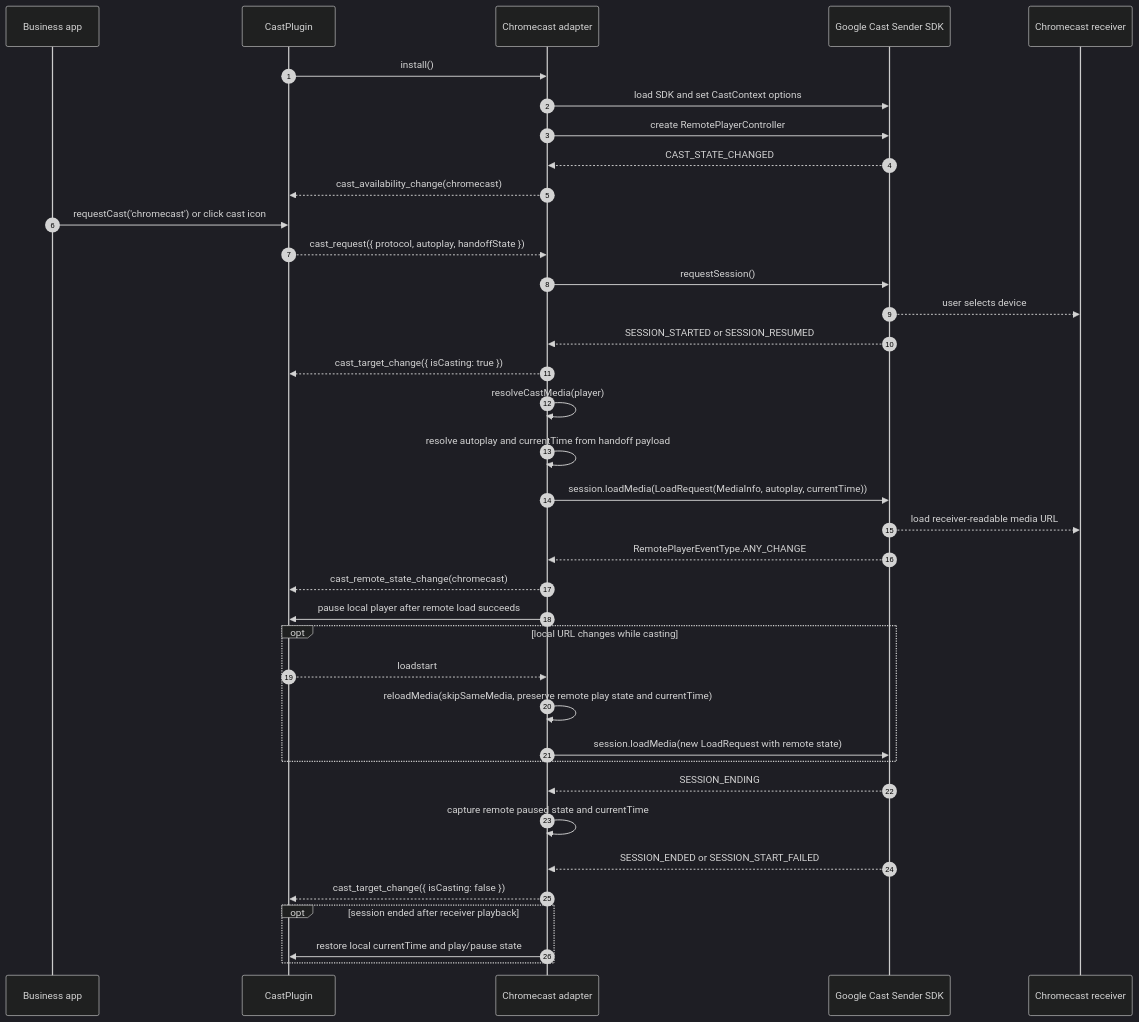
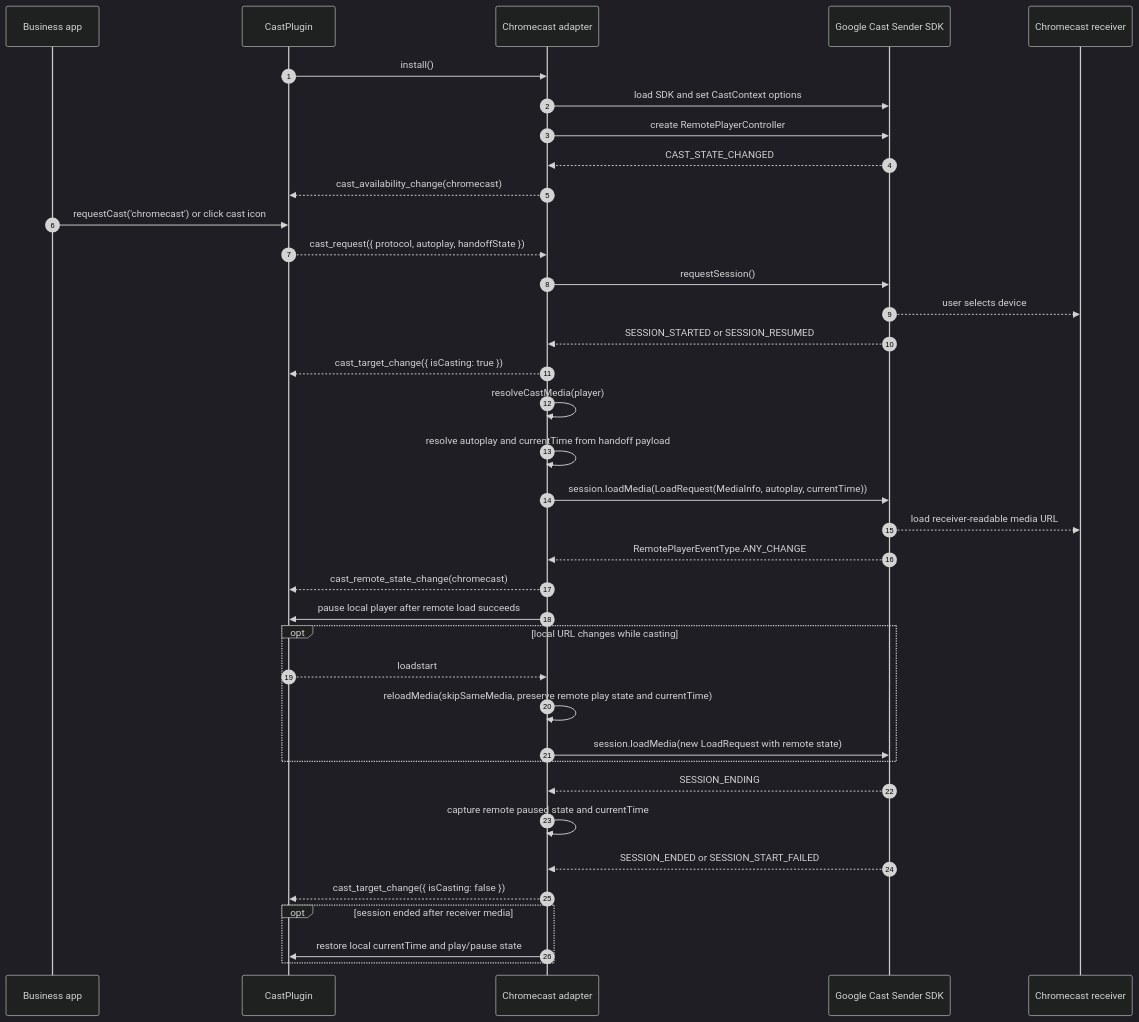
The first of 2 diagrams in packages/xgplayer-cast/README.md (bytedance/xgplayer), drawn with Mermaid (dark theme) before and after one commit. The commit also changed other lines of this file, not shown here.

````diff
--- a/packages/xgplayer-cast/README.md
+++ b/packages/xgplayer-cast/README.md
@@ -100,43 +89,43 @@
 ```mermaid
 sequenceDiagram
   autonumber
   participant App as Business app
   participant Plugin as CastPlugin
   participant Chromecast as Chromecast adapter
   participant CAF as Google Cast Sender SDK
   participant Receiver as Chromecast receiver
 
   Plugin->>Chromecast: install()
   Chromecast->>CAF: load SDK and set CastContext options
   Chromecast->>CAF: create RemotePlayerController
   CAF-->>Chromecast: CAST_STATE_CHANGED
   Chromecast-->>Plugin: cast_availability_change(chromecast)
 
   App->>Plugin: requestCast('chromecast') or click cast icon
   Plugin-->>Chromecast: cast_request({ protocol, autoplay, handoffState })
   Chromecast->>CAF: requestSession()
   CAF-->>Receiver: user selects device
   CAF-->>Chromecast: SESSION_STARTED or SESSION_RESUMED
   Chromecast-->>Plugin: cast_target_change({ isCasting: true })
   Chromecast->>Chromecast: resolveCastMedia(player)
   Chromecast->>Chromecast: resolve autoplay and currentTime from handoff payload
   Chromecast->>CAF: session.loadMedia(LoadRequest(MediaInfo, autoplay, currentTime))
   CAF-->>Receiver: load receiver-readable media URL
   CAF-->>Chromecast: RemotePlayerEventType.ANY_CHANGE
   Chromecast-->>Plugin: cast_remote_state_change(chromecast)
   Chromecast->>Plugin: pause local player after remote load succeeds
 
   opt local URL changes while casting
     Plugin-->>Chromecast: loadstart
     Chromecast->>Chromecast: reloadMedia(skipSameMedia, preserve remote play state and currentTime)
     Chromecast->>CAF: session.loadMedia(new LoadRequest with remote state)
   end
 
   CAF-->>Chromecast: SESSION_ENDING
   Chromecast->>Chromecast: capture remote paused state and currentTime
   CAF-->>Chromecast: SESSION_ENDED or SESSION_START_FAILED
   Chromecast-->>Plugin: cast_target_change({ isCasting: false })
-  opt session ended after receiver playback
+  opt session ended after receiver media
     Chromecast->>Plugin: restore local currentTime and play/pause state
   end
 ```
````
